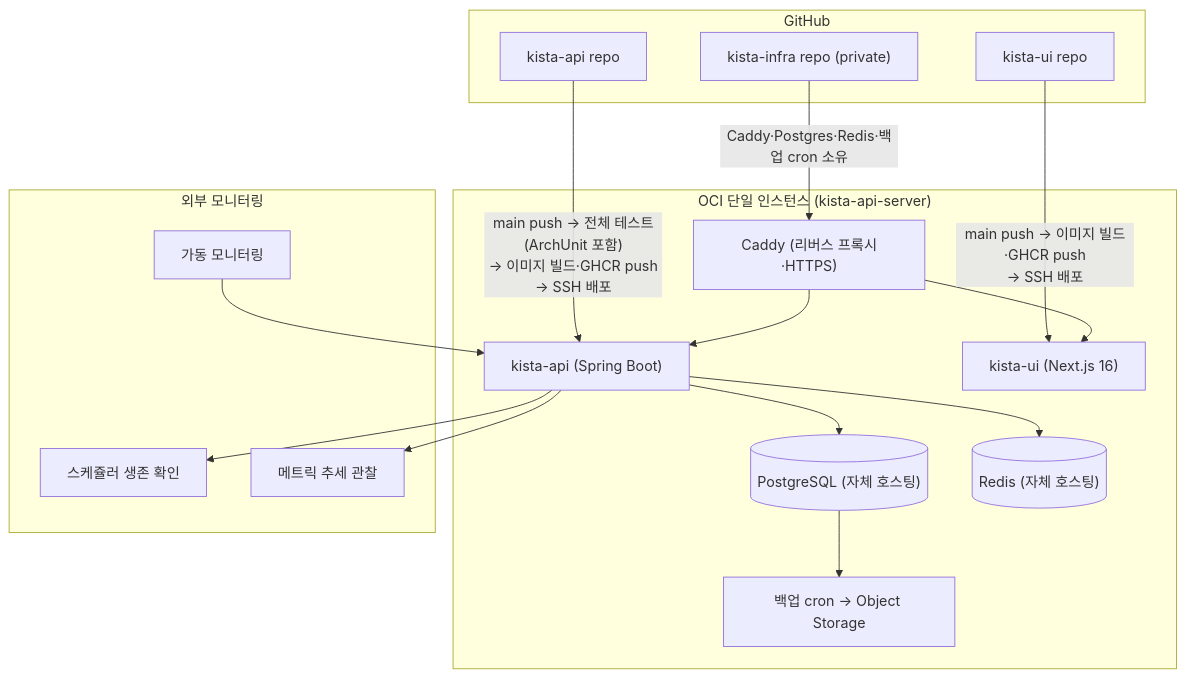
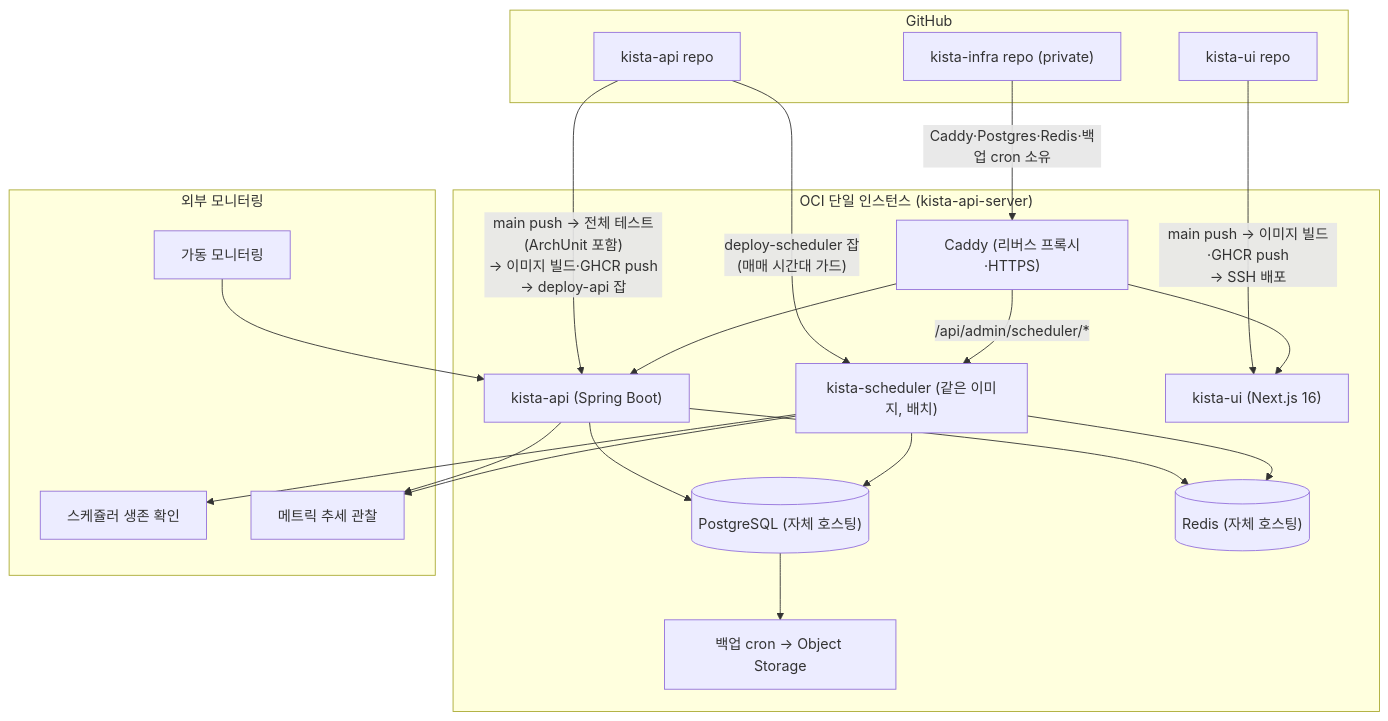
One commit to narafu/kista-api changed the third of 3 diagrams in README.md. Above: the diagram before and after it, drawn with Mermaid. The commit also changed other lines of this file and 4 other files, not shown here.

````diff
--- a/README.md
+++ b/README.md
@@ -84,35 +84,41 @@
 ```mermaid
 graph TB
     subgraph GH["GitHub"]
         RepoUI["kista-ui repo"]
         RepoAPI["kista-api repo"]
         RepoInfra["kista-infra repo (private)"]
     end
 
     subgraph OciInfra["OCI 단일 인스턴스 (kista-api-server)"]
         Caddy["Caddy (리버스 프록시·HTTPS)"]
         APIApp["kista-api (Spring Boot)"]
+        SchedApp["kista-scheduler (같은 이미지, 배치)"]
         UIApp["kista-ui (Next.js 16)"]
         PG[("PostgreSQL (자체 호스팅)")]
         Redis[("Redis (자체 호스팅)")]
         Backup["백업 cron → Object Storage"]
     end
 
     subgraph Monitoring["외부 모니터링"]
         Uptime["가동 모니터링"]
         HC["스케쥴러 생존 확인"]
         Grafana["메트릭 추세 관찰"]
     end
 
     RepoUI -->|"main push → 이미지 빌드·GHCR push<br/>→ SSH 배포"| UIApp
-    RepoAPI -->|"main push → 전체 테스트(ArchUnit 포함)<br/>→ 이미지 빌드·GHCR push<br/>→ SSH 배포"| APIApp
+    RepoAPI -->|"main push → 전체 테스트(ArchUnit 포함)<br/>→ 이미지 빌드·GHCR push<br/>→ deploy-api 잡"| APIApp
+    RepoAPI -->|"deploy-scheduler 잡<br/>(매매 시간대 가드)"| SchedApp
     RepoInfra -->|"Caddy·Postgres·Redis·백업 cron 소유"| Caddy
     Caddy --> APIApp
+    Caddy -->|"/api/admin/scheduler/*"| SchedApp
     Caddy --> UIApp
     APIApp --> PG
+    SchedApp --> PG
     APIApp --> Redis
+    SchedApp --> Redis
     PG --> Backup
     Uptime --> APIApp
-    APIApp --> HC
+    SchedApp --> HC
     APIApp --> Grafana
+    SchedApp --> Grafana
 ```
````
